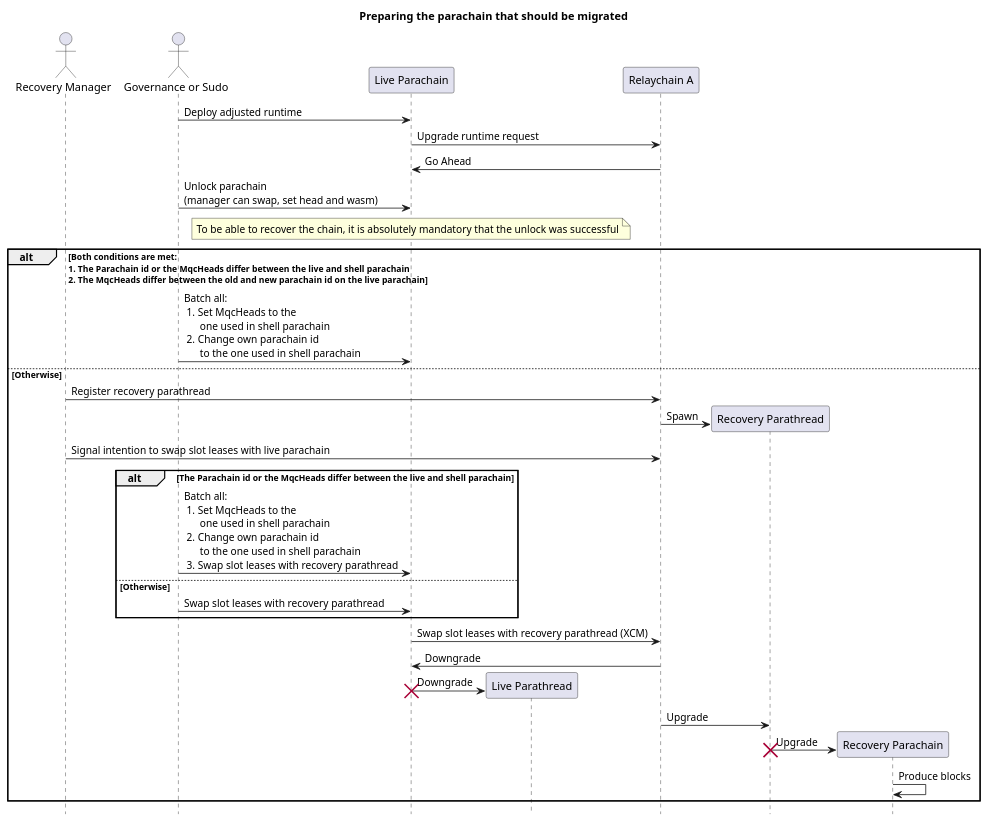
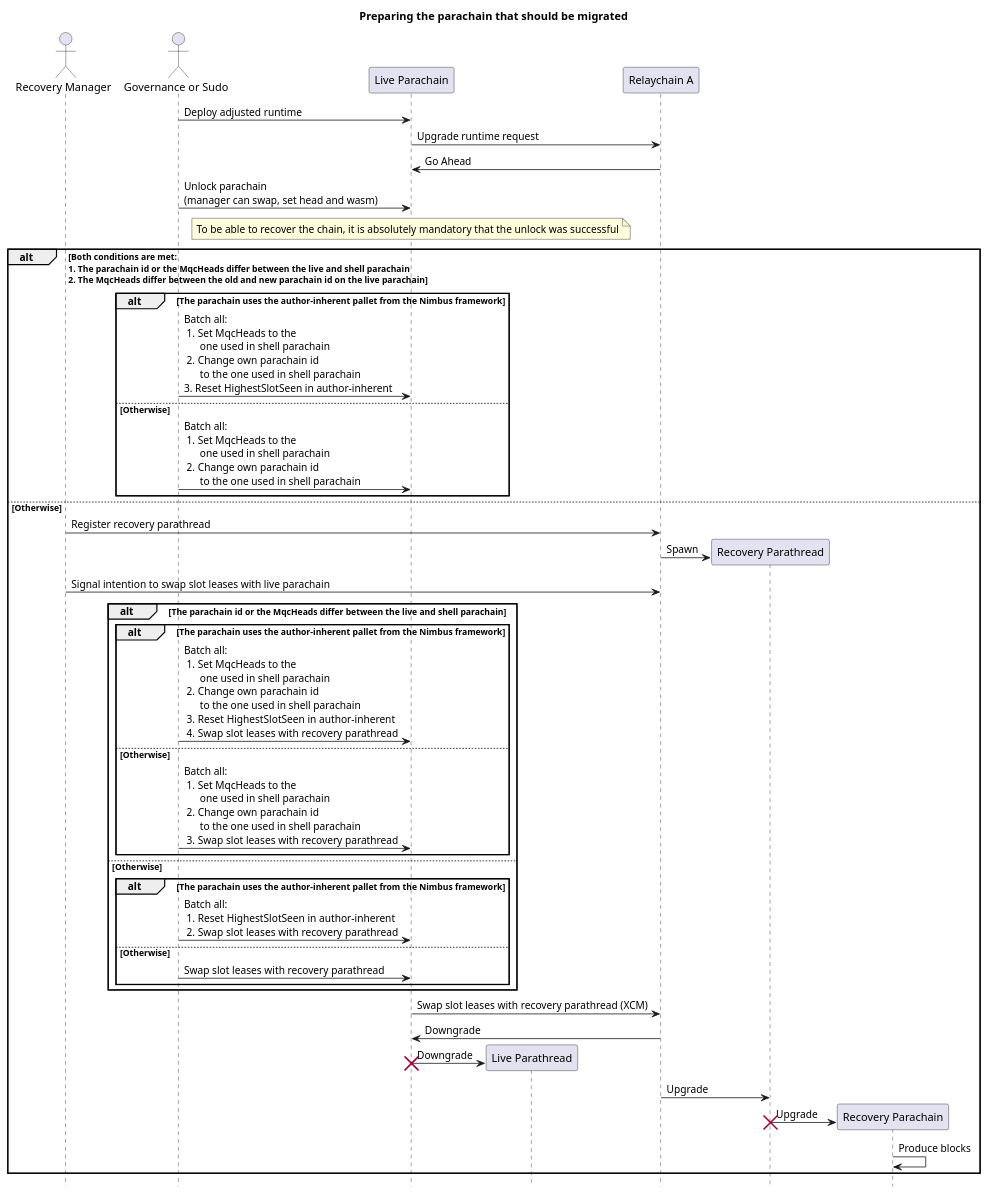
The diagram in img/source/prepare_migration_on_live_parachain.puml (zeitgeistpm/migration-guide), drawn with PlantUML before and after one commit. The commit also changed 2 other files, not shown here.

Commit message:
Add Nimbus constraint (#14)
* Add Nimbus condition to prepare migration diagram

* Add Nimbus constraint to conceptual chapter

* Update tech chapter

```diff
--- a/img/source/prepare_migration_on_live_parachain.puml
+++ b/img/source/prepare_migration_on_live_parachain.puml
@@ -1,45 +1,57 @@
 @startuml
 
 title Preparing the parachain that should be migrated
 hide footbox
 
 Actor "Recovery Manager" as MANAGER
 Actor "Governance or Sudo" as ADMIN
 Participant "Live Parachain" as PARA
 Participant "Live Parathread" as PARAT
 Participant "Relaychain A" as RELAY
 Participant "Recovery Parathread" as PARAT_RECOVERY
 Participant "Recovery Parachain" as PARA_RECOVERY
 
 
 ADMIN -> PARA: Deploy adjusted runtime
 PARA -> RELAY: Upgrade runtime request
 RELAY -> PARA: Go Ahead
 ADMIN -> PARA: Unlock parachain\n(manager can swap, set head and wasm)
 
 note over PARA : To be able to recover the chain, it is absolutely mandatory that the unlock was successful
 
-alt Both conditions are met:\n1. The Parachain id or the MqcHeads differ between the live and shell parachain\n2. The MqcHeads differ between the old and new parachain id on the live parachain
-    ADMIN -> PARA: Batch all:\n 1. Set MqcHeads to the\n      one used in shell parachain\n 2. Change own parachain id\n      to the one used in shell parachain
+alt Both conditions are met:\n1. The parachain id or the MqcHeads differ between the live and shell parachain\n2. The MqcHeads differ between the old and new parachain id on the live parachain
+    alt The parachain uses the author-inherent pallet from the Nimbus framework
+        ADMIN -> PARA: Batch all:\n 1. Set MqcHeads to the\n      one used in shell parachain\n 2. Change own parachain id\n      to the one used in shell parachain\n3. Reset HighestSlotSeen in author-inherent
+    else Otherwise
+        ADMIN -> PARA: Batch all:\n 1. Set MqcHeads to the\n      one used in shell parachain\n 2. Change own parachain id\n      to the one used in shell parachain
+    end
 else Otherwise
     MANAGER -> RELAY: Register recovery parathread
     RELAY -> PARAT_RECOVERY **: Spawn
     MANAGER -> RELAY: Signal intention to swap slot leases with live parachain
 
-    alt The Parachain id or the MqcHeads differ between the live and shell parachain
-        ADMIN -> PARA: Batch all:\n 1. Set MqcHeads to the\n      one used in shell parachain\n 2. Change own parachain id\n      to the one used in shell parachain\n 3. Swap slot leases with recovery parathread
+    alt The parachain id or the MqcHeads differ between the live and shell parachain
+        alt The parachain uses the author-inherent pallet from the Nimbus framework
+            ADMIN -> PARA: Batch all:\n 1. Set MqcHeads to the\n      one used in shell parachain\n 2. Change own parachain id\n      to the one used in shell parachain\n 3. Reset HighestSlotSeen in author-inherent\n 4. Swap slot leases with recovery parathread
+        else Otherwise
+            ADMIN -> PARA: Batch all:\n 1. Set MqcHeads to the\n      one used in shell parachain\n 2. Change own parachain id\n      to the one used in shell parachain\n 3. Swap slot leases with recovery parathread
+        end
     else Otherwise
-        ADMIN -> PARA: Swap slot leases with recovery parathread
+        alt The parachain uses the author-inherent pallet from the Nimbus framework
+            ADMIN -> PARA: Batch all:\n 1. Reset HighestSlotSeen in author-inherent\n 2. Swap slot leases with recovery parathread
+        else Otherwise
+            ADMIN -> PARA: Swap slot leases with recovery parathread
+        end
     end
 
     PARA -> RELAY: Swap slot leases with recovery parathread (XCM)
     RELAY -> PARA: Downgrade
     PARA -> PARAT **: Downgrade
     destroy PARA
     RELAY -> PARAT_RECOVERY: Upgrade
     PARAT_RECOVERY -> PARA_RECOVERY ** : Upgrade
     destroy PARAT_RECOVERY
     PARA_RECOVERY -> PARA_RECOVERY: Produce blocks
 end
 
 @enduml
```
